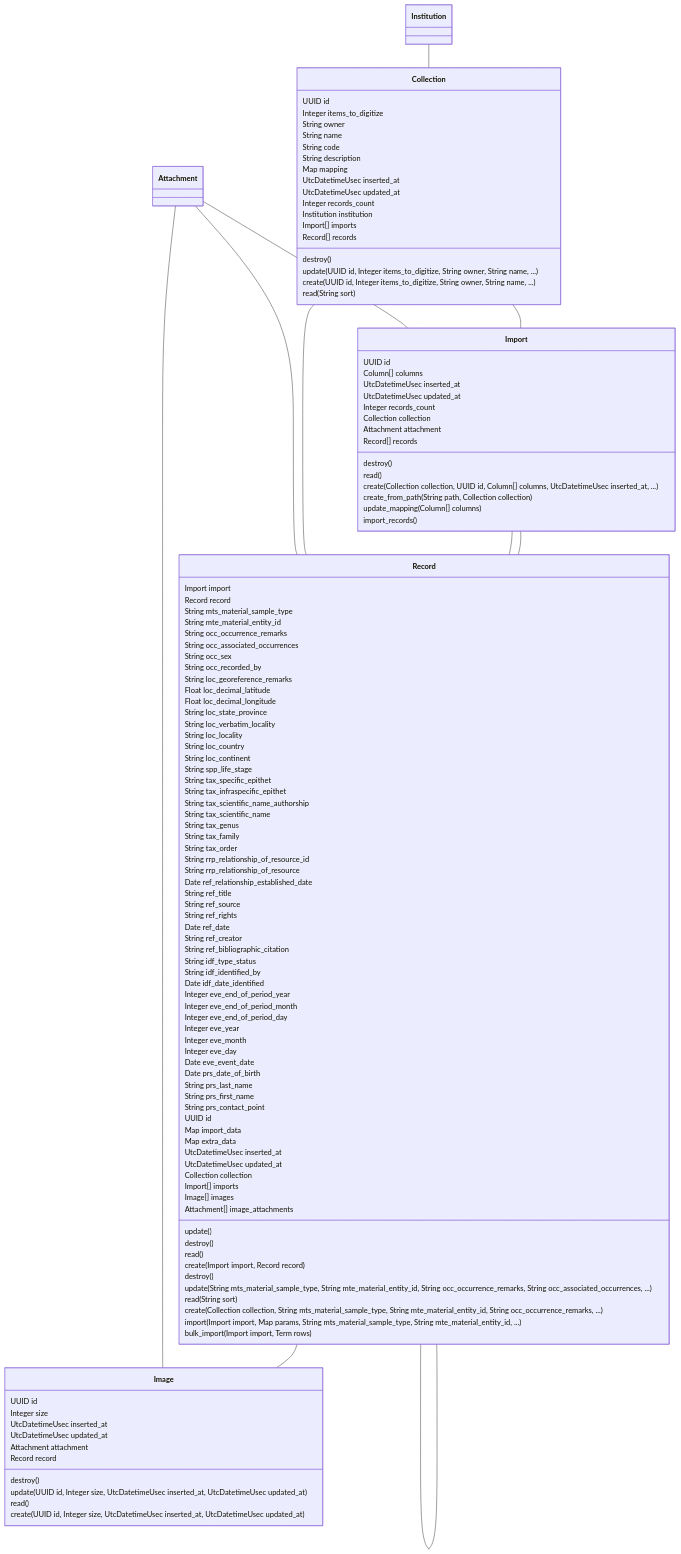
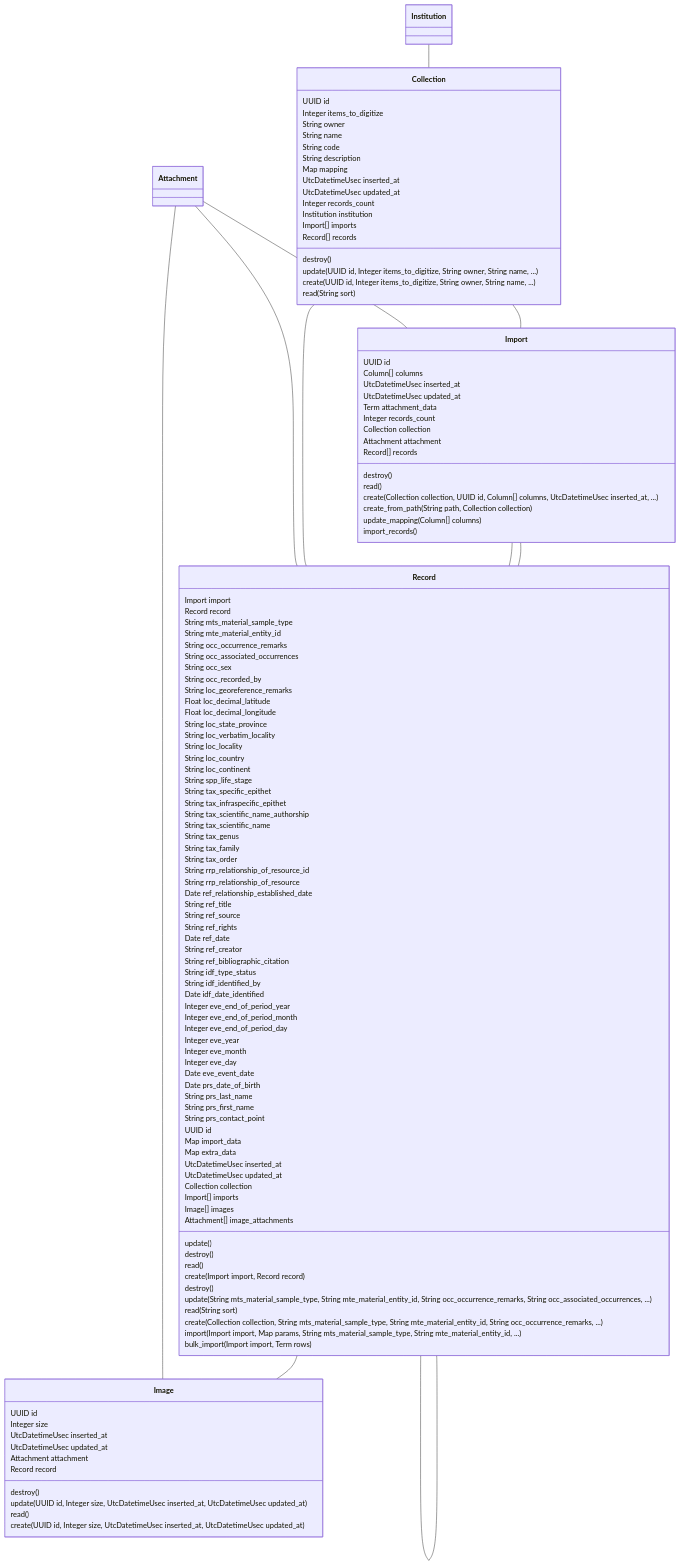
One commit to zebbra/data_aggregator changed the diagram in lib/data_aggregator/records/records-mermaid-class-diagram.md. Above: the diagram before and after it, drawn with Mermaid. The commit also changed 7 other files, not shown here.

```diff
--- a/lib/data_aggregator/records/records-mermaid-class-diagram.md
+++ b/lib/data_aggregator/records/records-mermaid-class-diagram.md
@@ -24,6 +24,7 @@
         Column[] columns
         UtcDatetimeUsec inserted_at
         UtcDatetimeUsec updated_at
+        Term attachment_data
         Integer records_count
         Collection collection
         Attachment attachment
```
